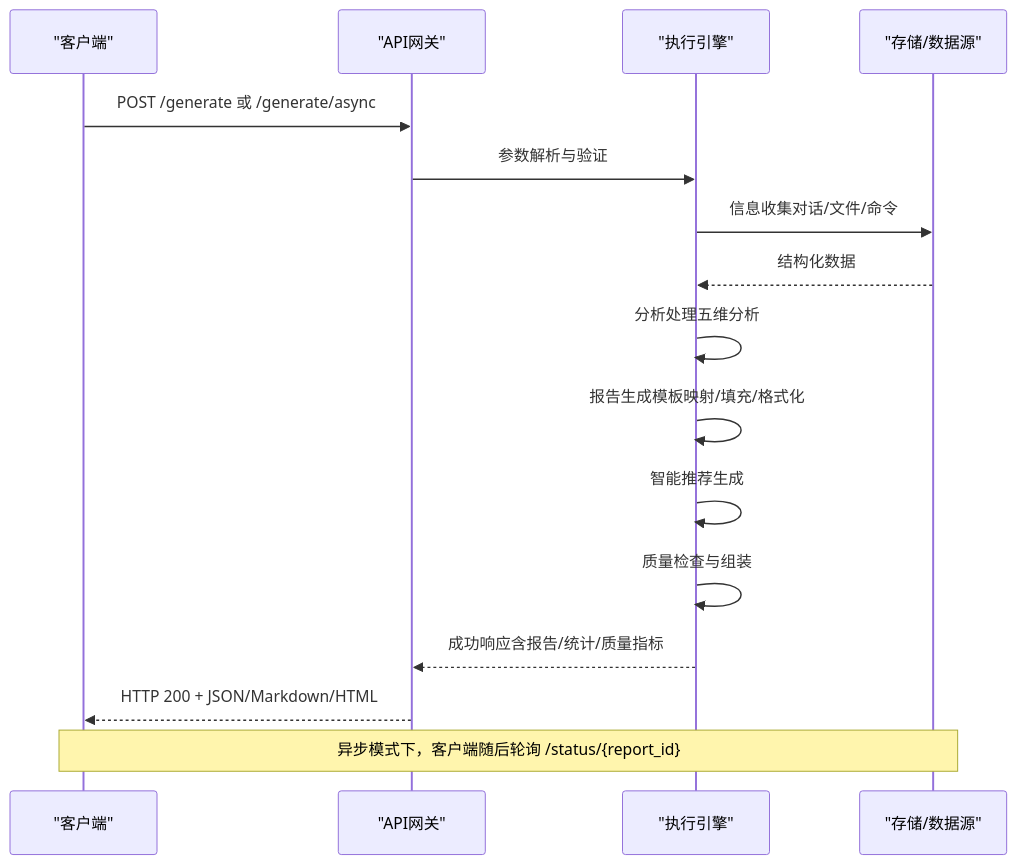
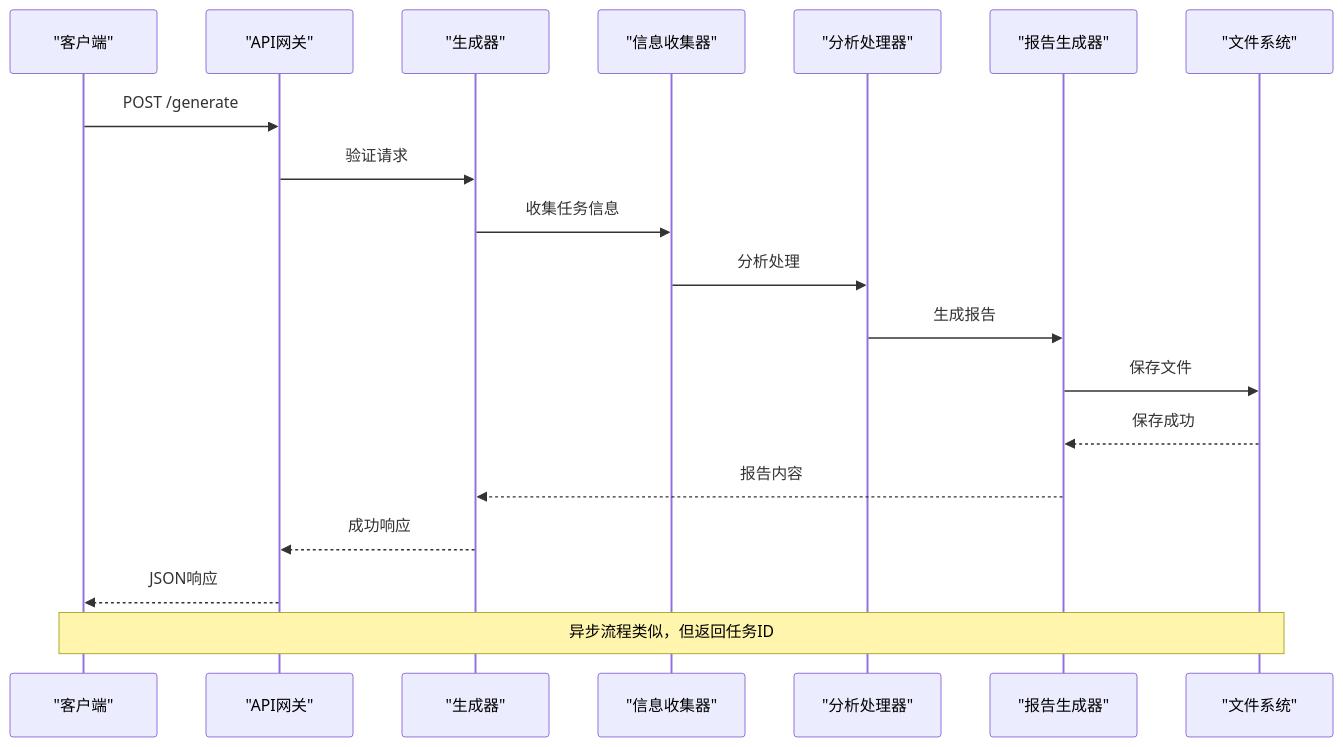
The fourth of 9 diagrams in .qoder/repowiki/zh/content/API接口参考.md (daoAgents/task-execution-summary), drawn with Mermaid before and after one commit. The commit also changed other lines of this file and 33 other files, not shown here.

````diff
--- a/.qoder/repowiki/zh/content/API接口参考.md
+++ b/.qoder/repowiki/zh/content/API接口参考.md
@@ -83,18 +615,21 @@
 ```mermaid
 sequenceDiagram
 participant Client as "客户端"
 participant API as "API网关"
-participant Exec as "执行引擎"
-participant Storage as "存储/数据源"
-Client->>API : POST /generate 或 /generate/async
-API->>Exec : 参数解析与验证
-Exec->>Storage : 信息收集对话/文件/命令
-Storage-->>Exec : 结构化数据
-Exec->>Exec : 分析处理五维分析
-Exec->>Exec : 报告生成模板映射/填充/格式化
-Exec->>Exec : 智能推荐生成
-Exec->>Exec : 质量检查与组装
-Exec-->>API : 成功响应含报告/统计/质量指标
-API-->>Client : HTTP 200 + JSON/Markdown/HTML
-Note over Client,Storage : 异步模式下，客户端随后轮询 /status/{report_id}
+participant Gen as "生成器"
+participant Collector as "信息收集器"
+participant Analyzer as "分析处理器"
+participant Reporter as "报告生成器"
+participant FS as "文件系统"
+Client->>API : POST /generate
+API->>Gen : 验证请求
+Gen->>Collector : 收集任务信息
+Collector->>Analyzer : 分析处理
+Analyzer->>Reporter : 生成报告
+Reporter->>FS : 保存文件
+FS-->>Reporter : 保存成功
+Reporter-->>Gen : 报告内容
+Gen-->>API : 成功响应
+API-->>Client : JSON响应
+Note over Client,FS : 异步流程类似，但返回任务ID
 ```
````
